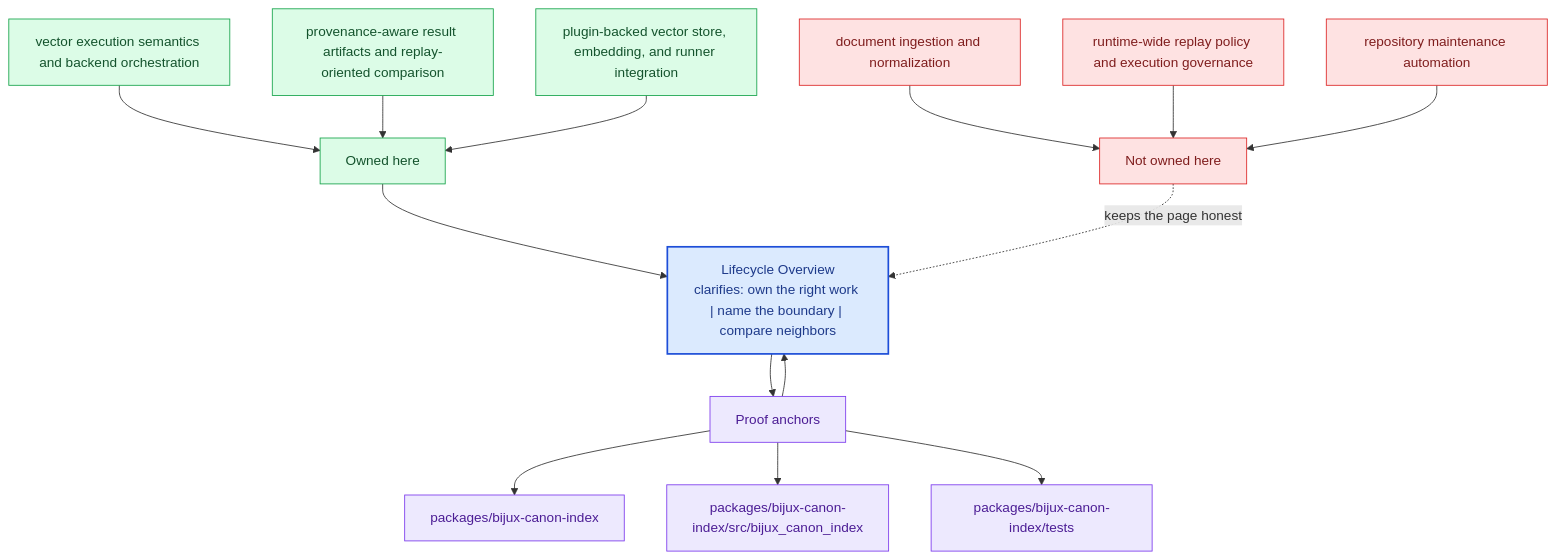
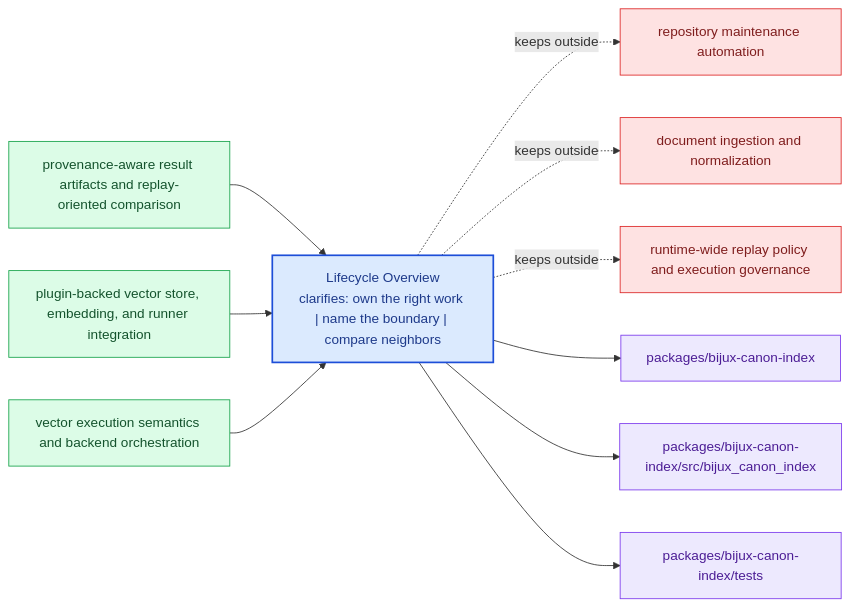
The diagram in docs/bijux-canon-index/foundation/lifecycle-overview.md (bijux/bijux-canon), drawn with Mermaid before and after one commit. The commit also changed other lines of this file and 281 other files, not shown here.

Commit message:
docs(diagrams): replace repeated mermaid scaffolds with page-specific summaries

````diff
--- a/docs/bijux-canon-index/foundation/lifecycle-overview.md
+++ b/docs/bijux-canon-index/foundation/lifecycle-overview.md
@@ -69,40 +24,31 @@
 ```mermaid
-flowchart TB
-    promise["Lifecycle Overview<br/>clarifies: own the right work | name the boundary | compare neighbors"]
-    classDef promise fill:#dbeafe,stroke:#1d4ed8,color:#1e3a8a,stroke-width:2px;
-    classDef driver fill:#dcfce7,stroke:#16a34a,color:#14532d;
-    classDef constraint fill:#fee2e2,stroke:#dc2626,color:#7f1d1d;
-    classDef ground fill:#ede9fe,stroke:#7c3aed,color:#4c1d95;
-    focus1["Owned here"]
-    focus1 --> promise
-    focus1_1["vector execution semantics and backend orchestration"]
-    focus1_1 --> focus1
-    focus1_2["provenance-aware result artifacts and replay-oriented comparison"]
-    focus1_2 --> focus1
-    focus1_3["plugin-backed vector store, embedding, and runner integration"]
-    focus1_3 --> focus1
-    class focus1 driver;
-    class focus1_1,focus1_2,focus1_3 driver;
-    focus2["Not owned here"]
-    focus2 -.keeps the page honest.-> promise
-    focus2_1["document ingestion and normalization"]
-    focus2_1 --> focus2
-    focus2_2["runtime-wide replay policy and execution governance"]
-    focus2_2 --> focus2
-    focus2_3["repository maintenance automation"]
-    focus2_3 --> focus2
-    class focus2 constraint;
-    class focus2_1,focus2_2,focus2_3 constraint;
-    focus3["Proof anchors"]
-    focus3 --> promise
-    promise --> focus3
-    focus3_1["packages/bijux-canon-index"]
-    focus3 --> focus3_1
-    focus3_2["packages/bijux-canon-index/src/bijux_canon_index"]
-    focus3 --> focus3_2
-    focus3_3["packages/bijux-canon-index/tests"]
-    focus3 --> focus3_3
-    class focus3 ground;
-    class focus3_1,focus3_2,focus3_3 ground;
-    class promise promise;
+flowchart LR
+    page["Lifecycle Overview<br/>clarifies: own the right work | name the boundary | compare neighbors"]
+    classDef page fill:#dbeafe,stroke:#1d4ed8,color:#1e3a8a,stroke-width:2px;
+    classDef positive fill:#dcfce7,stroke:#16a34a,color:#14532d;
+    classDef caution fill:#fee2e2,stroke:#dc2626,color:#7f1d1d;
+    classDef anchor fill:#ede9fe,stroke:#7c3aed,color:#4c1d95;
+    classDef action fill:#fef3c7,stroke:#d97706,color:#7c2d12;
+    own1["provenance-aware result artifacts and replay-oriented comparison"]
+    own1 --> page
+    own2["plugin-backed vector store, embedding, and runner integration"]
+    own2 --> page
+    own3["vector execution semantics and backend orchestration"]
+    own3 --> page
+    limit1["repository maintenance automation"]
+    page -.keeps outside.-> limit1
+    limit2["document ingestion and normalization"]
+    page -.keeps outside.-> limit2
+    limit3["runtime-wide replay policy and execution governance"]
+    page -.keeps outside.-> limit3
+    anchor1["packages/bijux-canon-index"]
+    page --> anchor1
+    anchor2["packages/bijux-canon-index/src/bijux_canon_index"]
+    page --> anchor2
+    anchor3["packages/bijux-canon-index/tests"]
+    page --> anchor3
+    class page page;
+    class own1,own2,own3 positive;
+    class limit1,limit2,limit3 caution;
+    class anchor1,anchor2,anchor3 anchor;
 ```
````
